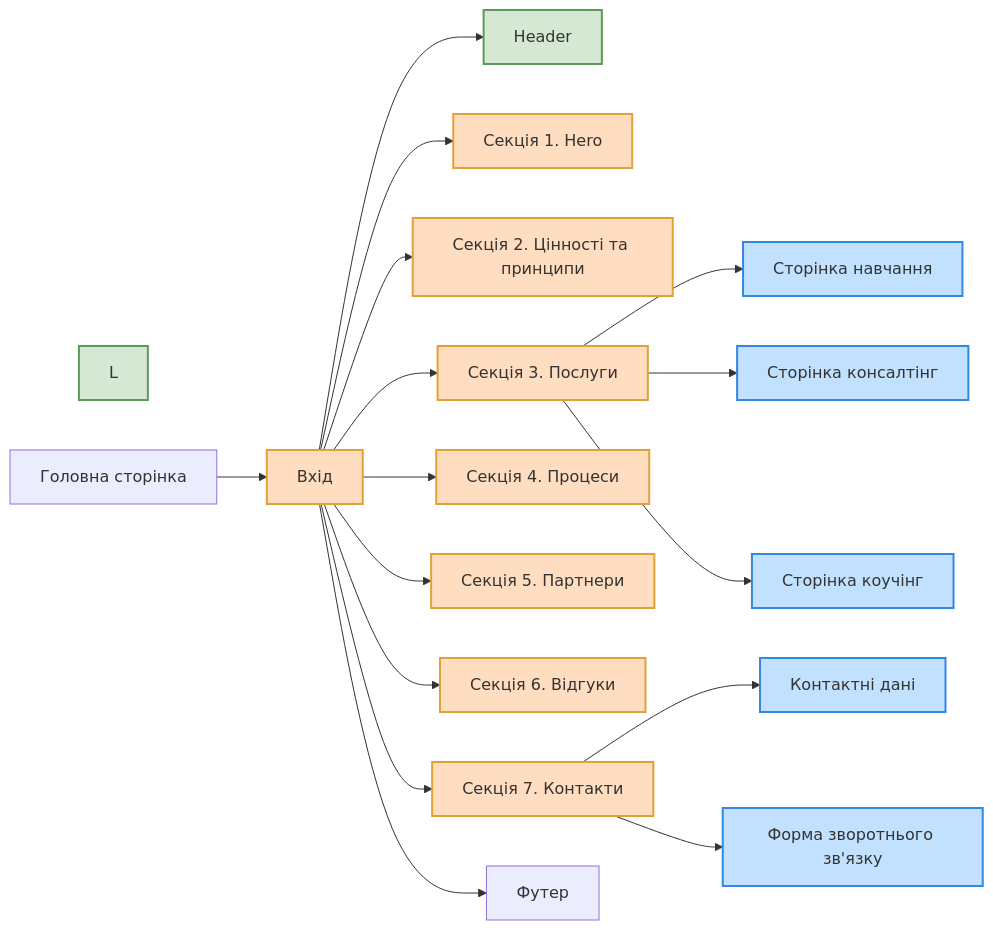
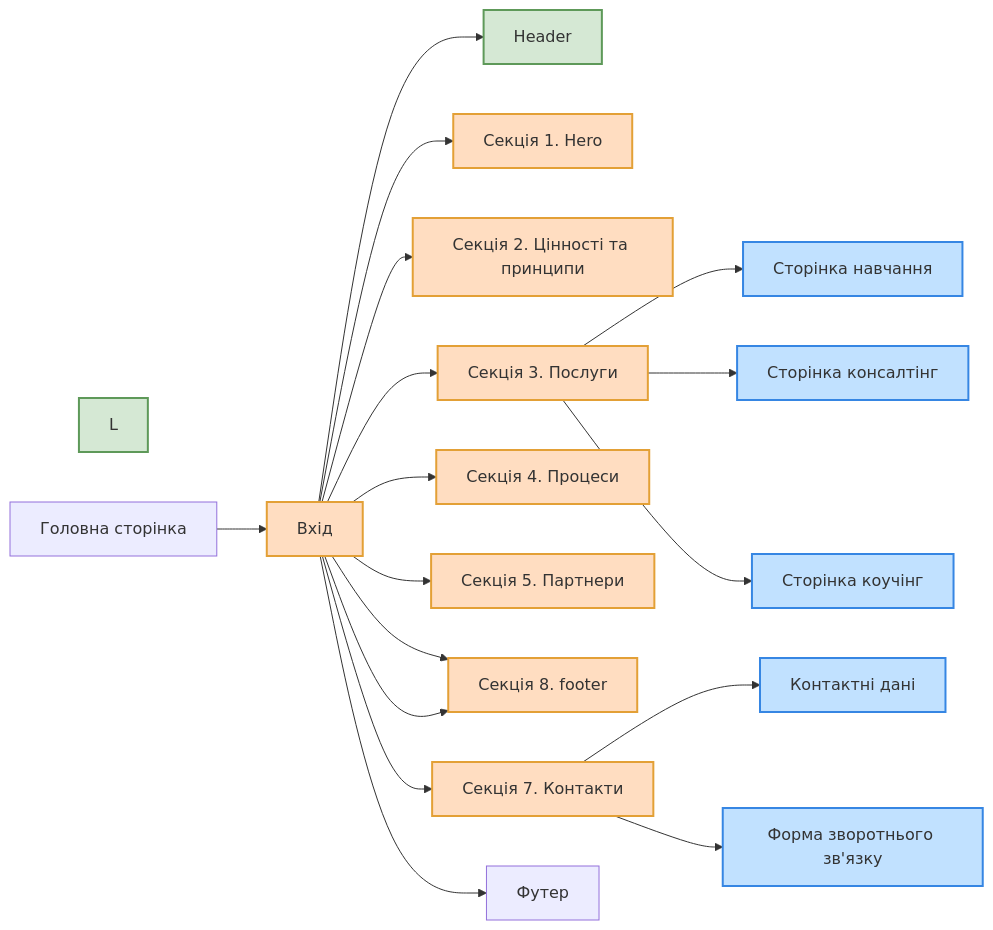
Before and after one commit to sergio-nezhigay/carptravel: the diagram in README.md, drawn with Mermaid.

````diff
--- a/README.md
+++ b/README.md
@@ -57,43 +57,44 @@
 ```mermaid
 graph LR
 
   %% Хедер і футер
   style B fill:#D5E8D4, stroke:#5E9959, stroke-width:2px;
   style L fill:#D5E8D4, stroke:#5E9959, stroke-width:2px;
 
   %% Секції
   style A fill:#FFDDC1, stroke:#E3A036, stroke-width:2px;
   style C fill:#FFDDC1, stroke:#E3A036, stroke-width:2px;
   style D fill:#FFDDC1, stroke:#E3A036, stroke-width:2px;
   style E fill:#FFDDC1, stroke:#E3A036, stroke-width:2px;
   style F fill:#FFDDC1, stroke:#E3A036, stroke-width:2px;
   style G fill:#FFDDC1, stroke:#E3A036, stroke-width:2px;
   style H fill:#FFDDC1, stroke:#E3A036, stroke-width:2px;
   style I fill:#FFDDC1, stroke:#E3A036, stroke-width:2px;
 
   %% Сторінки
   style N fill:#C1E1FF, stroke:#3686E3, stroke-width:2px;
   style O fill:#C1E1FF, stroke:#3686E3, stroke-width:2px;
   style P fill:#C1E1FF, stroke:#3686E3, stroke-width:2px;
   style R fill:#C1E1FF, stroke:#3686E3, stroke-width:2px;
   style S fill:#C1E1FF, stroke:#3686E3, stroke-width:2px;
 
   Z[Головна сторінка] --> A[Вхід]
   A --> B[Header]
   A --> C[Секція 1. Hero]
   A --> D[Секція 2. Цінності та принципи]
   A --> E[Секція 3. Послуги]
   A --> F[Секція 4. Процеси]
   A --> G[Секція 5. Партнери]
   A --> H[Секція 6. Відгуки]
   A --> I[Секція 7. Контакти]
   A --> J[Футер]
+    A --> H[Секція 8. footer]
   E --> N[Сторінка навчання]
   E --> O[Сторінка консалтінг]
   E --> P[Сторінка коучінг]
 
   I --> R[Контактні дані]
   I --> S[Форма зворотнього зв'язку]
 
 
 ```
````
